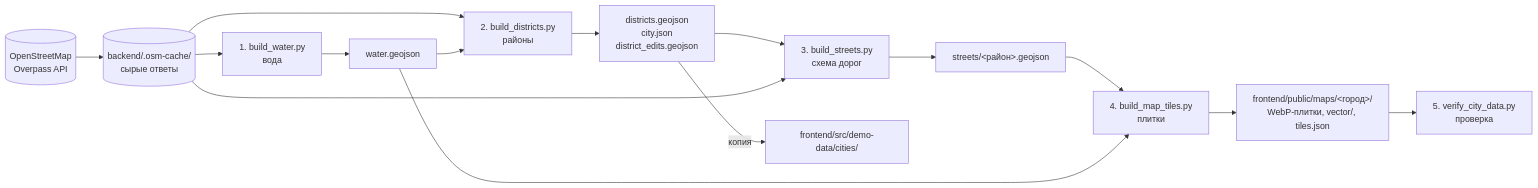
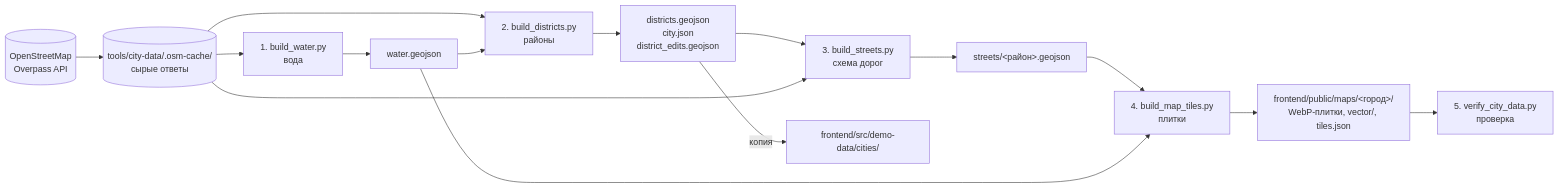
The first of 4 diagrams in docs/guide/07-geodata-pipeline.md (dodoser34/VibeRay), drawn with Mermaid before and after one commit. The commit also changed other lines of this file and 82 other files, not shown here.

````diff
--- a/docs/guide/07-geodata-pipeline.md
+++ b/docs/guide/07-geodata-pipeline.md
@@ -8,17 +8,17 @@
 ```mermaid
 flowchart LR
-    OSM[("OpenStreetMap<br/>Overpass API")] --> CACHE[("backend/.osm-cache/<br/>сырые ответы")]
+    OSM[("OpenStreetMap<br/>Overpass API")] --> CACHE[("tools/city-data/.osm-cache/<br/>сырые ответы")]
     CACHE --> BW["1. build_water.py<br/>вода"]
     BW --> WATER["water.geojson"]
     CACHE --> BD["2. build_districts.py<br/>районы"]
     WATER --> BD
     BD --> DIST["districts.geojson<br/>city.json<br/>district_edits.geojson"]
     DIST --> BS["3. build_streets.py<br/>схема дорог"]
     CACHE --> BS
     BS --> STR["streets/&lt;район&gt;.geojson"]
     STR --> BT["4. build_map_tiles.py<br/>плитки"]
     WATER --> BT
     BT --> TIL["frontend/public/maps/&lt;город&gt;/<br/>WebP-плитки, vector/, tiles.json"]
     DIST -->|"копия"| DEMO["frontend/src/demo-data/cities/"]
     TIL --> V["5. verify_city_data.py<br/>проверка"]
 ```
````
